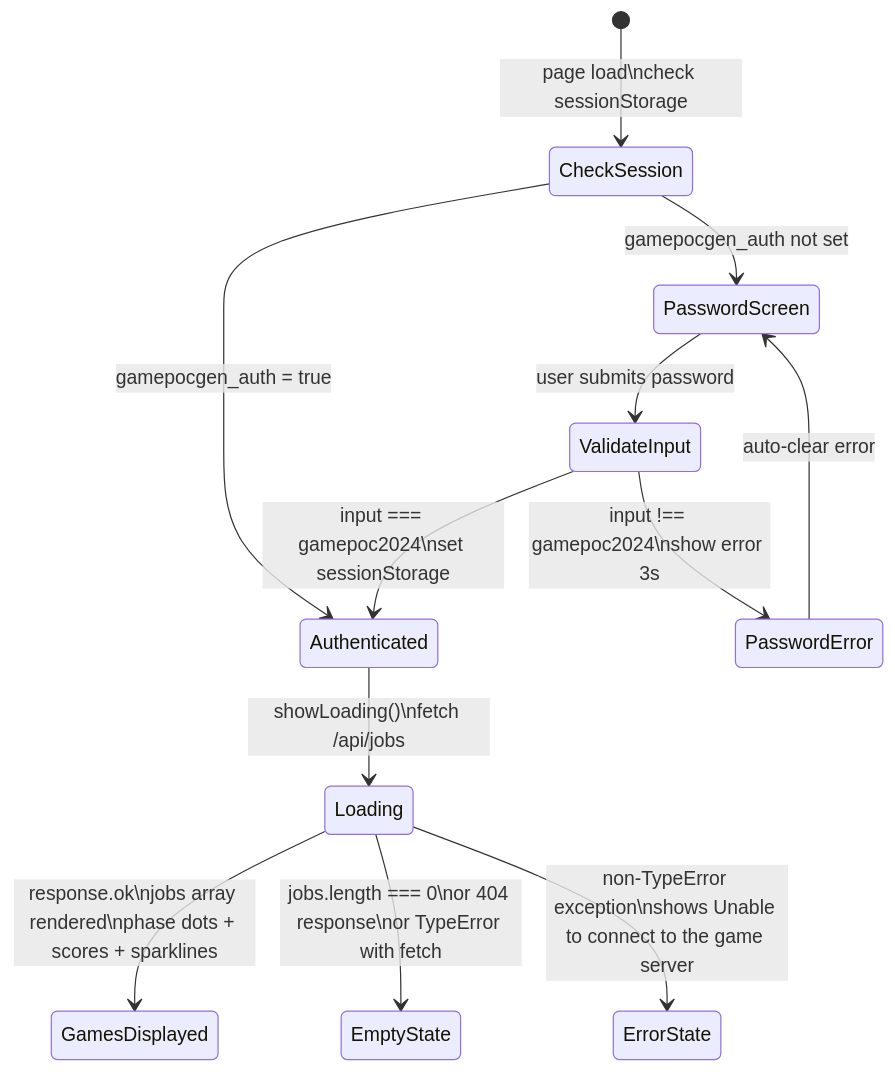
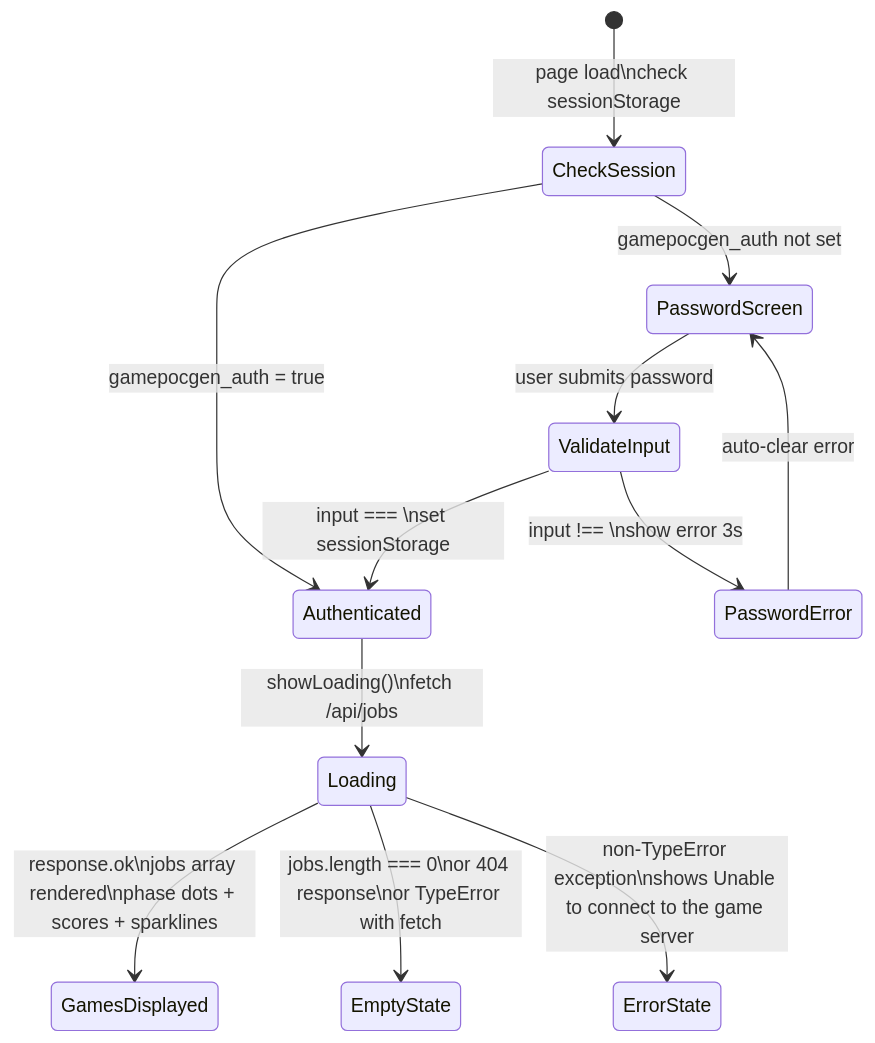
One commit to J-Gierend/gamePocGen changed the seventh of 8 diagrams in docs/architecture/06-state-lifecycle.md. Above: the diagram before and after it, drawn with Mermaid. The commit also changed 4 other files, not shown here.

````diff
--- a/docs/architecture/06-state-lifecycle.md
+++ b/docs/architecture/06-state-lifecycle.md
@@ -179,20 +179,20 @@
 ```mermaid
 stateDiagram-v2
     [*] --> CheckSession: page load\ncheck sessionStorage
 
     CheckSession --> PasswordScreen: gamepocgen_auth not set
     CheckSession --> Authenticated: gamepocgen_auth = true
 
     PasswordScreen --> ValidateInput: user submits password
 
-    ValidateInput --> PasswordError: input !== gamepoc2024\nshow error 3s
-    ValidateInput --> Authenticated: input === gamepoc2024\nset sessionStorage
+    ValidateInput --> PasswordError: input !== <redacted — moved to brain/env>\nshow error 3s
+    ValidateInput --> Authenticated: input === <redacted — moved to brain/env>\nset sessionStorage
 
     PasswordError --> PasswordScreen: auto-clear error
 
     Authenticated --> Loading: showLoading()\nfetch /api/jobs
 
     Loading --> GamesDisplayed: response.ok\njobs array rendered\nphase dots + scores + sparklines
     Loading --> EmptyState: jobs.length === 0\nor 404 response\nor TypeError with fetch
     Loading --> ErrorState: non-TypeError exception\nshows Unable to connect to the game server
 ```
````
